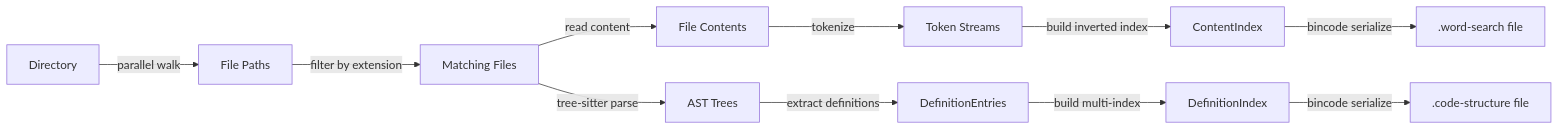
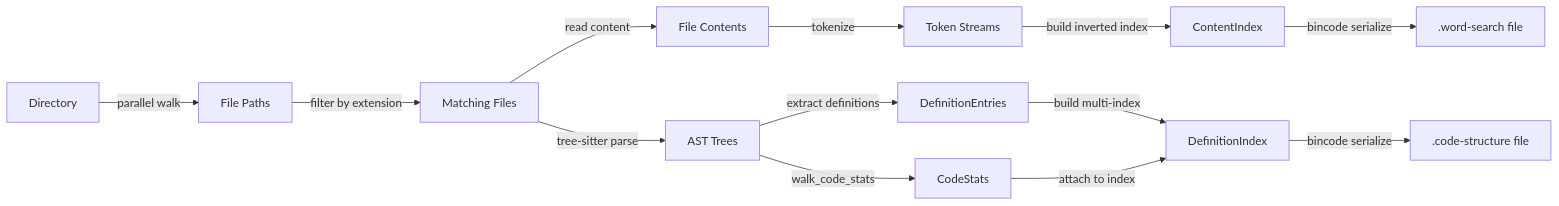
One commit to pustynsky/xray changed the sixth of 9 diagrams in docs/architecture.md. Above: the diagram before and after it, drawn with Mermaid. The commit also changed other lines of this file and 6 other files, not shown here.

````diff
--- a/docs/architecture.md
+++ b/docs/architecture.md
@@ -335,14 +435,16 @@
 ```mermaid
 graph LR
     A[Directory] -->|parallel walk| B[File Paths]
     B -->|filter by extension| C[Matching Files]
     C -->|read content| D[File Contents]
     D -->|tokenize| E[Token Streams]
     E -->|build inverted index| F[ContentIndex]
     F -->|bincode serialize| G[.word-search file]
 
     C -->|tree-sitter parse| H[AST Trees]
     H -->|extract definitions| I[DefinitionEntries]
+    H -->|walk_code_stats| J2[CodeStats]
     I -->|build multi-index| J[DefinitionIndex]
+    J2 -->|attach to index| J
     J -->|bincode serialize| K[.code-structure file]
 ```
````
